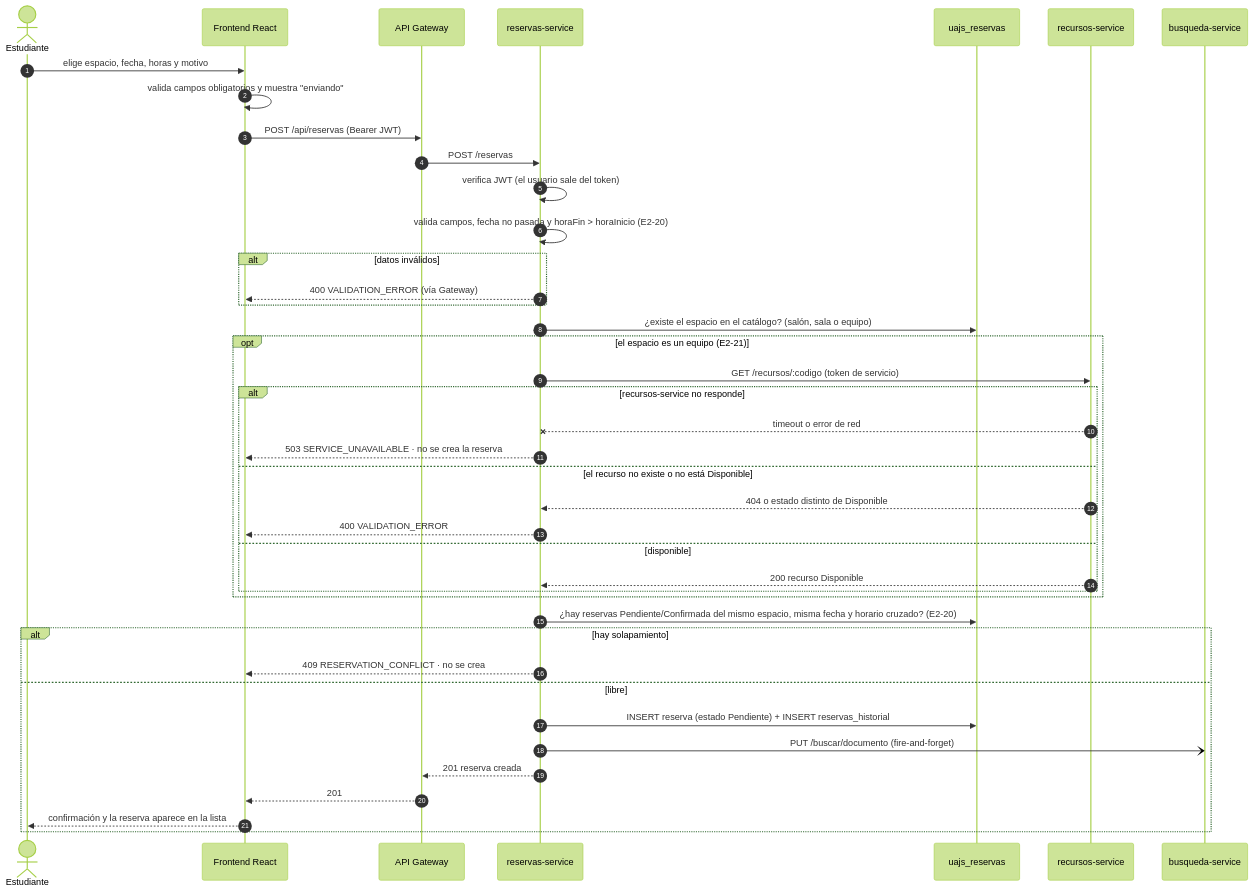
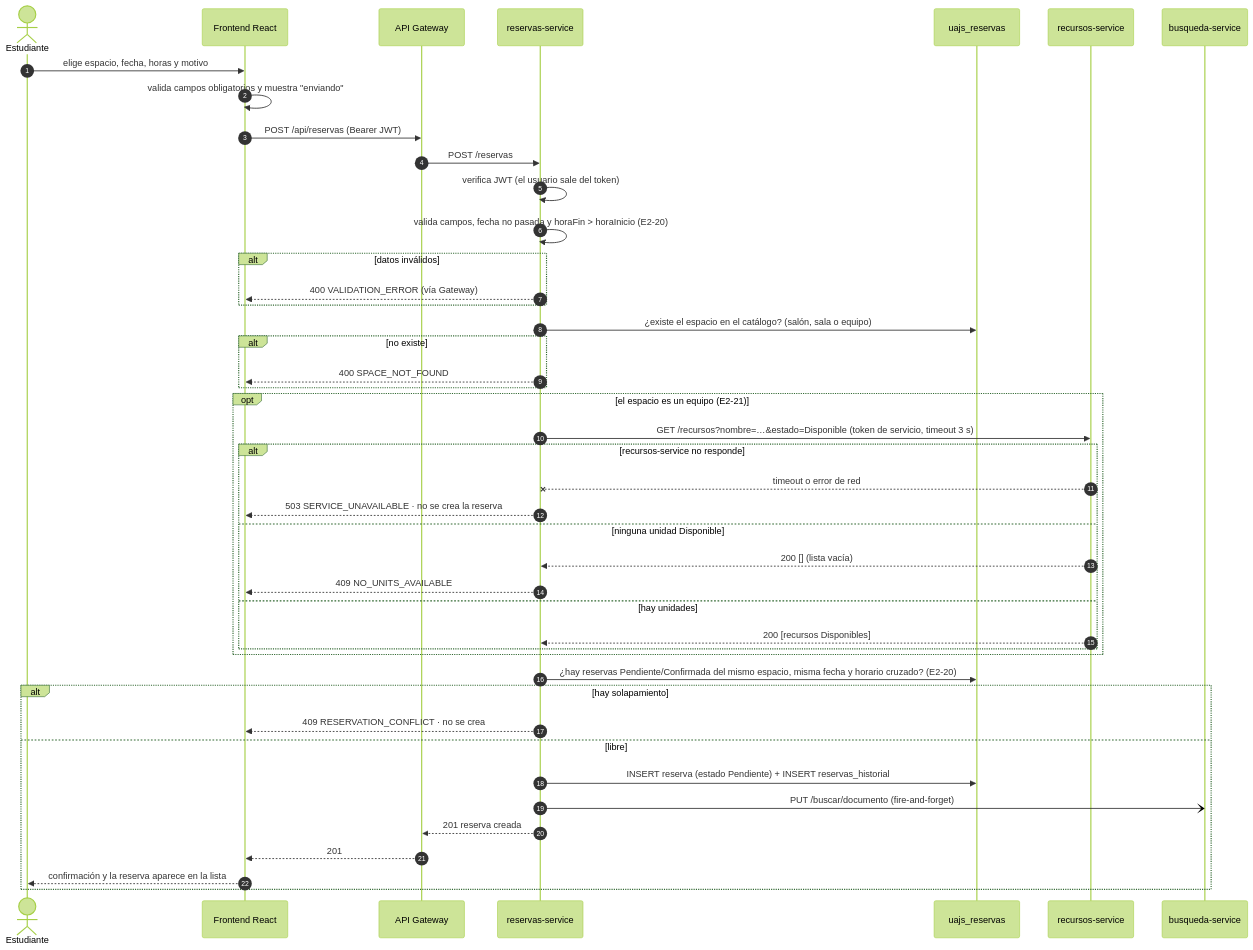
The fourth of 6 diagrams in arquitectura/README.md (Carh-rgb/uajs-smart-campus), drawn with Mermaid (forest theme) before and after one commit. The commit also changed other lines of this file and 2 other files, not shown here.

First line of the commit message:
docs(arquitectura): alinea los diagramas con la implementacion del Entregable 2 [17tjyy3mx8g]

````diff
--- a/arquitectura/README.md
+++ b/arquitectura/README.md
@@ -172,44 +173,47 @@
 ```mermaid
 sequenceDiagram
   autonumber
   actor U as Estudiante
   participant FE as Frontend React
   participant GW as API Gateway
   participant RE as reservas-service
   participant DRE as uajs_reservas
   participant RC as recursos-service
   participant BU as busqueda-service
 
   U->>FE: elige espacio, fecha, horas y motivo
   FE->>FE: valida campos obligatorios y muestra "enviando"
   FE->>GW: POST /api/reservas (Bearer JWT)
   GW->>RE: POST /reservas
   RE->>RE: verifica JWT (el usuario sale del token)
   RE->>RE: valida campos, fecha no pasada y horaFin > horaInicio (E2-20)
   alt datos inválidos
     RE-->>FE: 400 VALIDATION_ERROR (vía Gateway)
   end
   RE->>DRE: ¿existe el espacio en el catálogo? (salón, sala o equipo)
+  alt no existe
+    RE-->>FE: 400 SPACE_NOT_FOUND
+  end
   opt el espacio es un equipo (E2-21)
-    RE->>RC: GET /recursos/:codigo (token de servicio)
+    RE->>RC: GET /recursos?nombre=…&estado=Disponible (token de servicio, timeout 3 s)
     alt recursos-service no responde
       RC--xRE: timeout o error de red
       RE-->>FE: 503 SERVICE_UNAVAILABLE · no se crea la reserva
-    else el recurso no existe o no está Disponible
-      RC-->>RE: 404 o estado distinto de Disponible
-      RE-->>FE: 400 VALIDATION_ERROR
-    else disponible
-      RC-->>RE: 200 recurso Disponible
+    else ninguna unidad Disponible
+      RC-->>RE: 200 [] (lista vacía)
+      RE-->>FE: 409 NO_UNITS_AVAILABLE
+    else hay unidades
+      RC-->>RE: 200 [recursos Disponibles]
     end
   end
   RE->>DRE: ¿hay reservas Pendiente/Confirmada del mismo espacio, misma fecha y horario cruzado? (E2-20)
   alt hay solapamiento
     RE-->>FE: 409 RESERVATION_CONFLICT · no se crea
   else libre
     RE->>DRE: INSERT reserva (estado Pendiente) + INSERT reservas_historial
     RE-)BU: PUT /buscar/documento (fire-and-forget)
     RE-->>GW: 201 reserva creada
     GW-->>FE: 201
     FE-->>U: confirmación y la reserva aparece en la lista
   end
 ```
````
